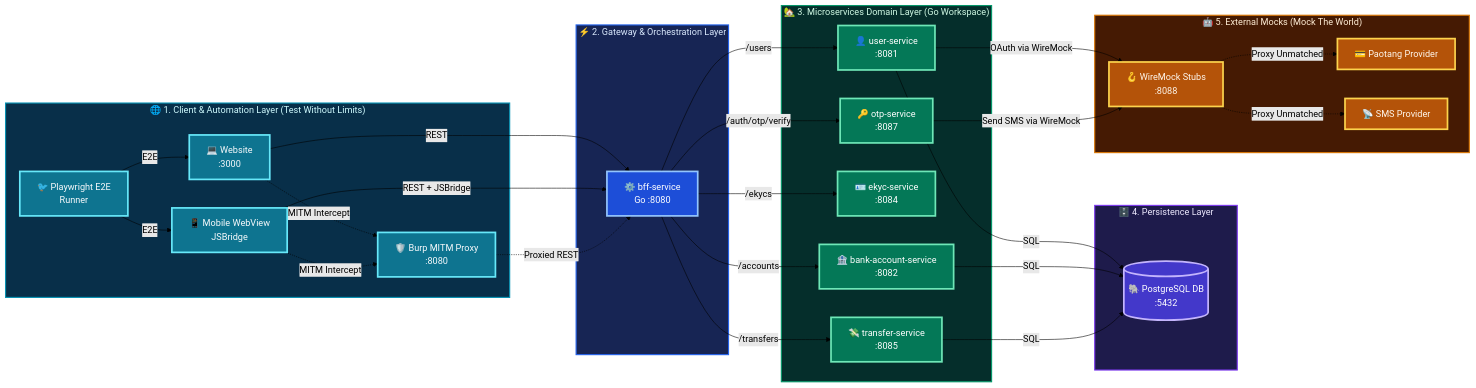
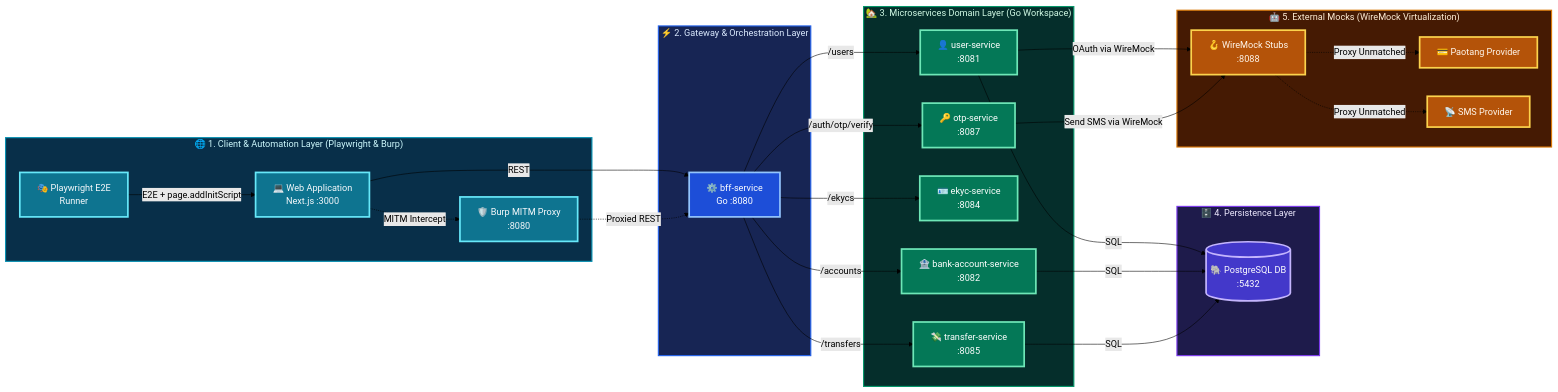
One commit to SiwakornSitti/ultra-smoooooth-testing changed the first of 4 diagrams in slides/slides.md. Above: the diagram before and after it, drawn with Mermaid (forest theme). The commit also changed other lines of this file and 18 other files, not shown here.

Commit message:
refactor(slides): optimize 16:9 real estate, decouple core pillars, and remove mock-jsbridge service

````diff
--- a/slides/slides.md
+++ b/slides/slides.md
@@ -285,72 +334,68 @@
 ```mermaid {scale: 0.62}
 flowchart LR
-    subgraph Clients["🌐 1. Client & Automation Layer (Test Without Limits)"]
-        Website["💻 Website<br/>:3000"]
-        BridgeWebsite["📱 Mobile WebView<br/>JSBridge"]
-        Playwright["🐦 Playwright E2E<br/>Runner"]
+    subgraph Clients["🌐 1. Client & Automation Layer (Playwright & Burp)"]
+        Website["💻 Web Application<br/>Next.js :3000"]
+        Playwright["🎭 Playwright E2E<br/>Runner"]
         Burp["🛡️ Burp MITM Proxy<br/>:8080"]
     end
 
     subgraph API_Gateway["⚡ 2. Gateway & Orchestration Layer"]
         BFF["⚙️ bff-service<br/>Go :8080"]
     end
 
     subgraph Core_Services["🏡 3. Microservices Domain Layer (Go Workspace)"]
         UserService["👤 user-service<br/>:8081"]
         BankService["🏦 bank-account-service<br/>:8082"]
         EKYCService["🪪 ekyc-service<br/>:8084"]
         TransferService["💸 transfer-service<br/>:8085"]
         OTPService["🔑 otp-service<br/>:8087"]
     end
 
     subgraph Persistence["🗄️ 4. Persistence Layer"]
         DB[("🐘 PostgreSQL DB<br/>:5432")]
     end
 
-    subgraph External_Mocks["🤖 5. External Mocks (Mock The World)"]
+    subgraph External_Mocks["🤖 5. External Mocks (WireMock Virtualization)"]
         WireMock["🪝 WireMock Stubs<br/>:8088"]
         PaotangProvider["💳 Paotang Provider"]
         SMSProvider["📡 SMS Provider"]
     end
 
     Website -->|REST| BFF
-    BridgeWebsite -->|REST + JSBridge| BFF
-    Playwright -->|E2E| Website
-    Playwright -->|E2E| BridgeWebsite
+    Playwright -->|E2E + page.addInitScript| Website
     Website -.->|MITM Intercept| Burp
-    BridgeWebsite -.->|MITM Intercept| Burp
     Burp -.->|Proxied REST| BFF
 
     BFF -->|/users| UserService
     BFF -->|/accounts| BankService
     BFF -->|/ekycs| EKYCService
     BFF -->|/transfers| TransferService
     BFF -->|/auth/otp/verify| OTPService
 
     UserService -->|SQL| DB
     BankService -->|SQL| DB
     TransferService -->|SQL| DB
 
     UserService -->|OAuth via WireMock| WireMock
     OTPService -->|Send SMS via WireMock| WireMock
     WireMock -.->|Proxy Unmatched| PaotangProvider
     WireMock -.->|Proxy Unmatched| SMSProvider
 
     classDef client fill:#0e7490,stroke:#67e8f9,color:#f8fafc,stroke-width:3px
     classDef gateway fill:#1d4ed8,stroke:#93c5fd,color:#ffffff,stroke-width:3px
     classDef core fill:#047857,stroke:#6ee7b7,color:#ffffff,stroke-width:3px
     classDef persistence fill:#4338ca,stroke:#c4b5fd,color:#ffffff,stroke-width:3px
     classDef external fill:#b45309,stroke:#fcd34d,color:#fff7ed,stroke-width:3px
 
-    class Website,BridgeWebsite,Playwright,Burp client
+    class Website,Playwright,Burp client
     class BFF gateway
     class UserService,BankService,EKYCService,TransferService,OTPService core
     class DB persistence
     class WireMock,PaotangProvider,SMSProvider external
 
     style Clients fill:#082f49,stroke:#0891b2,stroke-width:2px,color:#cffafe
     style API_Gateway fill:#172554,stroke:#2563eb,stroke-width:2px,color:#dbeafe
     style Core_Services fill:#052e2b,stroke:#059669,stroke-width:2px,color:#d1fae5
     style Persistence fill:#1e1b4b,stroke:#7c3aed,stroke-width:2px,color:#ede9fe
     style External_Mocks fill:#451a03,stroke:#d97706,stroke-width:2px,color:#ffedd5
 ```
````
